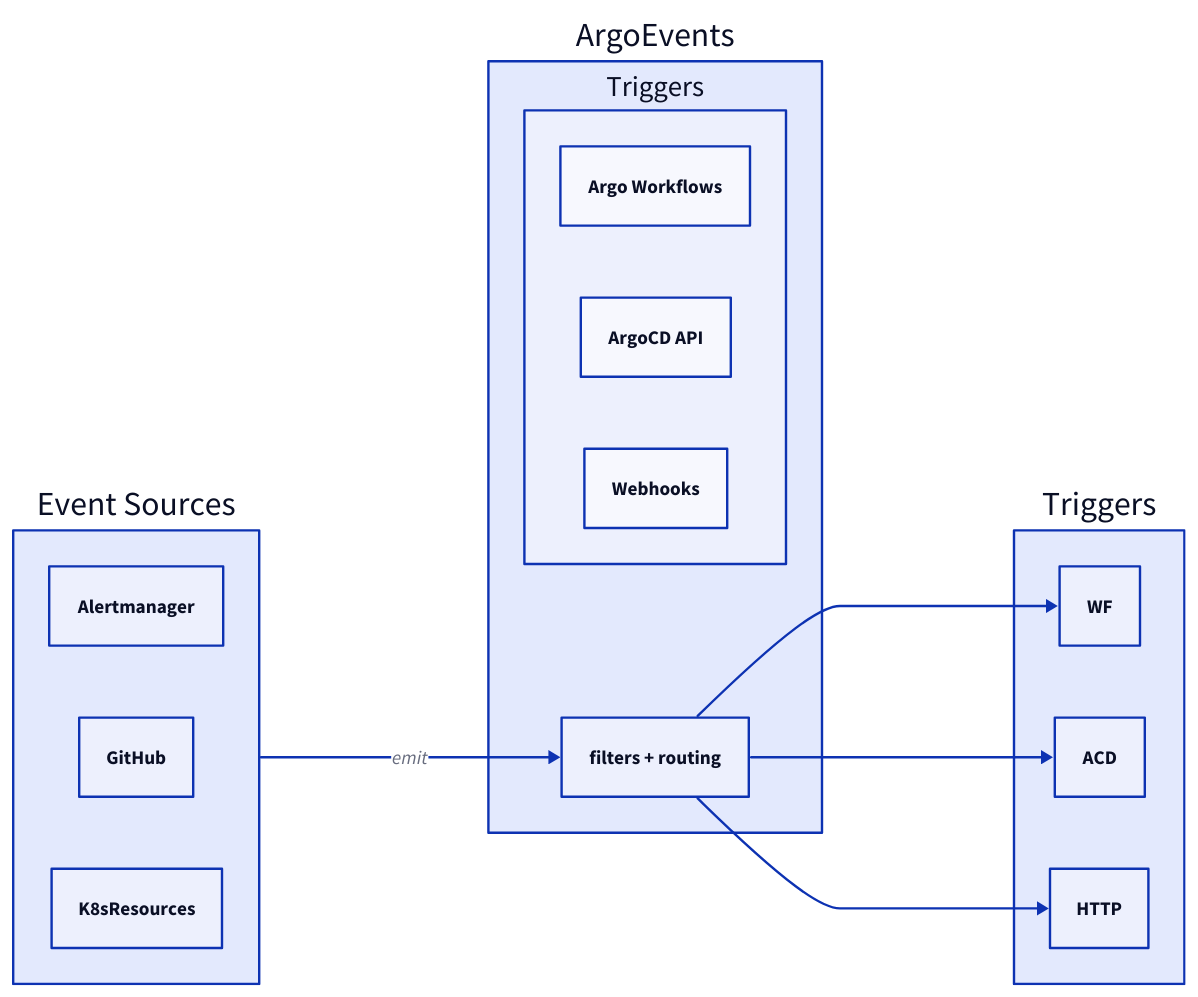
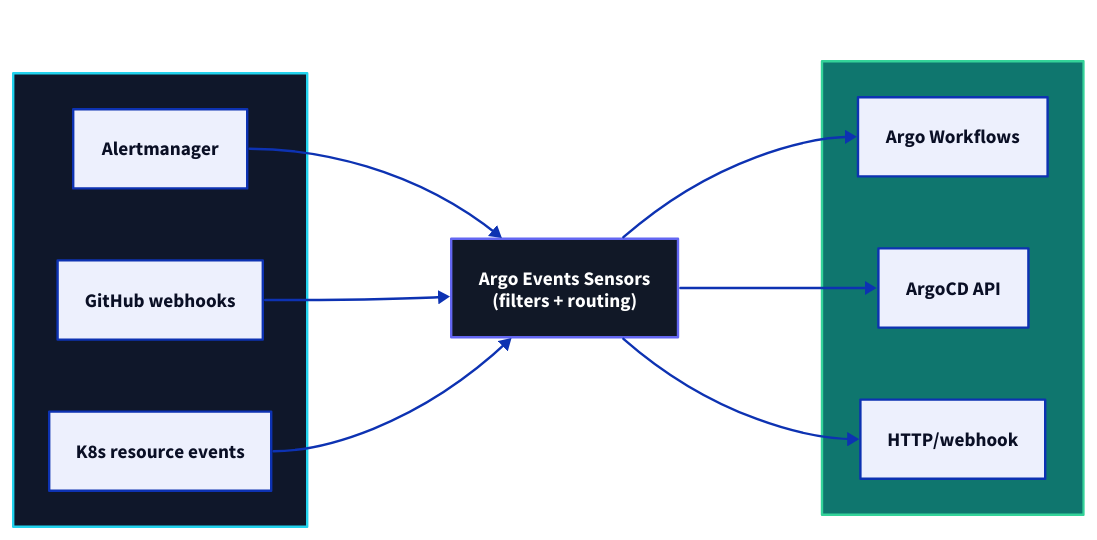
The third of 3 diagrams in Docs/concepts/gitops-model.md (rou-cru/idp-blueprint), drawn with D2 before and after one commit. The commit also changed other lines of this file and 22 other files, not shown here.

````diff
--- a/Docs/concepts/gitops-model.md
+++ b/Docs/concepts/gitops-model.md
@@ -86,24 +101,30 @@
 ```d2
 direction: right
 
+classes: { event: { style.fill: "#0f172a"; style.stroke: "#22d3ee"; style.font-color: white }
+           control: { style.fill: "#111827"; style.stroke: "#6366f1"; style.font-color: white }
+           action: { style.fill: "#0f766e"; style.stroke: "#34d399"; style.font-color: white } }
+
 Sources: {
-  label: "Event Sources"
-  Alertmanager
-  GitHub
-  K8sResources
+  class: event
+  Alert: "Alertmanager"
+  GitHub: "GitHub webhooks"
+  K8s: "K8s resource events"
 }
 
-ArgoEvents: {
-  Sensors: "filters + routing"
-  Triggers: {
-    WF: "Argo Workflows"
-    ACD: "ArgoCD API"
-    HTTP: "Webhooks"
-  }
+Sensors: { class: control; label: "Argo Events Sensors\n(filters + routing)" }
+
+Triggers: {
+  class: action
+  WF: "Argo Workflows"
+  ACD: "ArgoCD API"
+  HTTP: "HTTP/webhook"
 }
 
-Sources -> ArgoEvents.Sensors: emit
-ArgoEvents.Sensors -> Triggers.WF
-ArgoEvents.Sensors -> Triggers.ACD
-ArgoEvents.Sensors -> Triggers.HTTP
+Sources.Alert -> Sensors
+Sources.GitHub -> Sensors
+Sources.K8s -> Sensors
+Sensors -> Triggers.WF
+Sensors -> Triggers.ACD
+Sensors -> Triggers.HTTP
 ```
````
